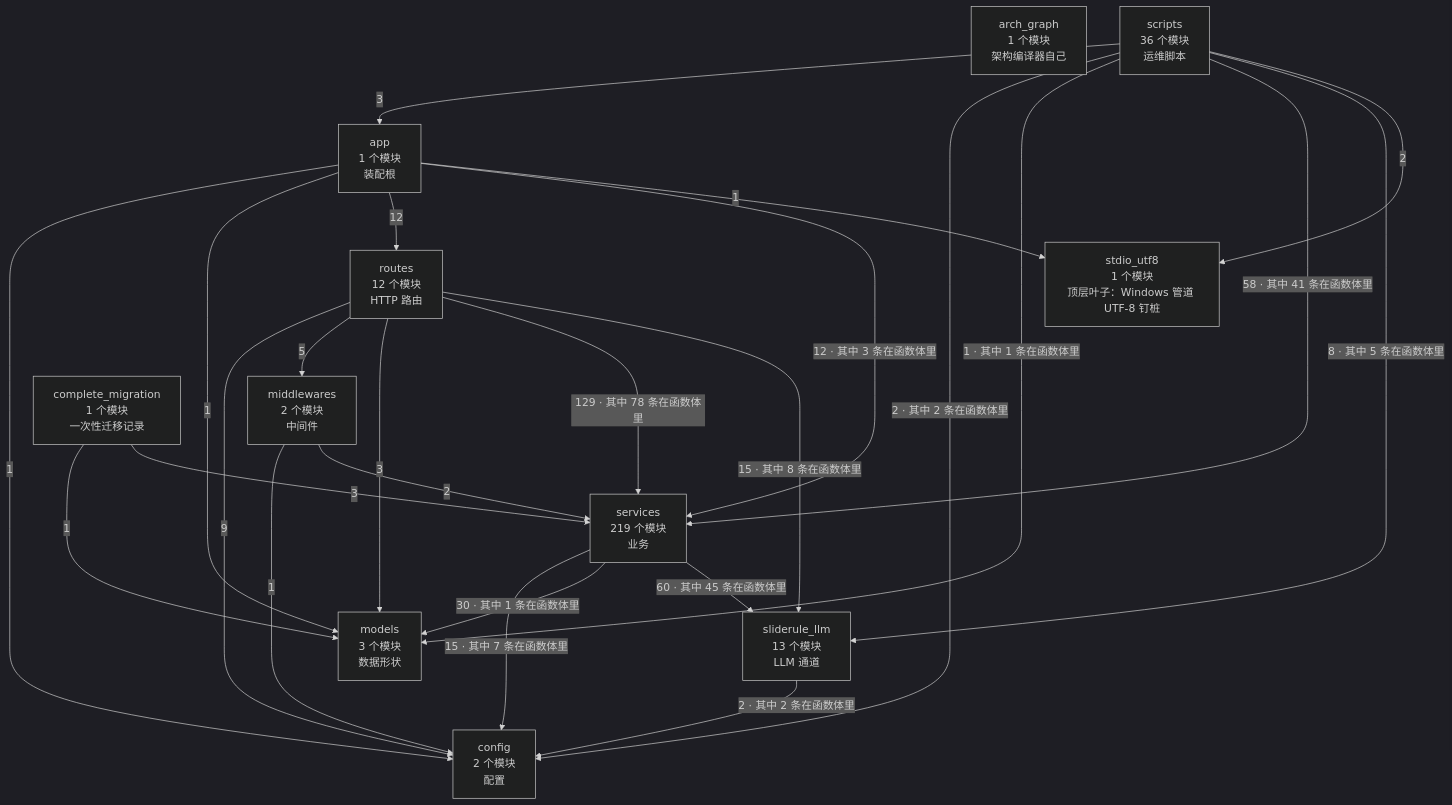
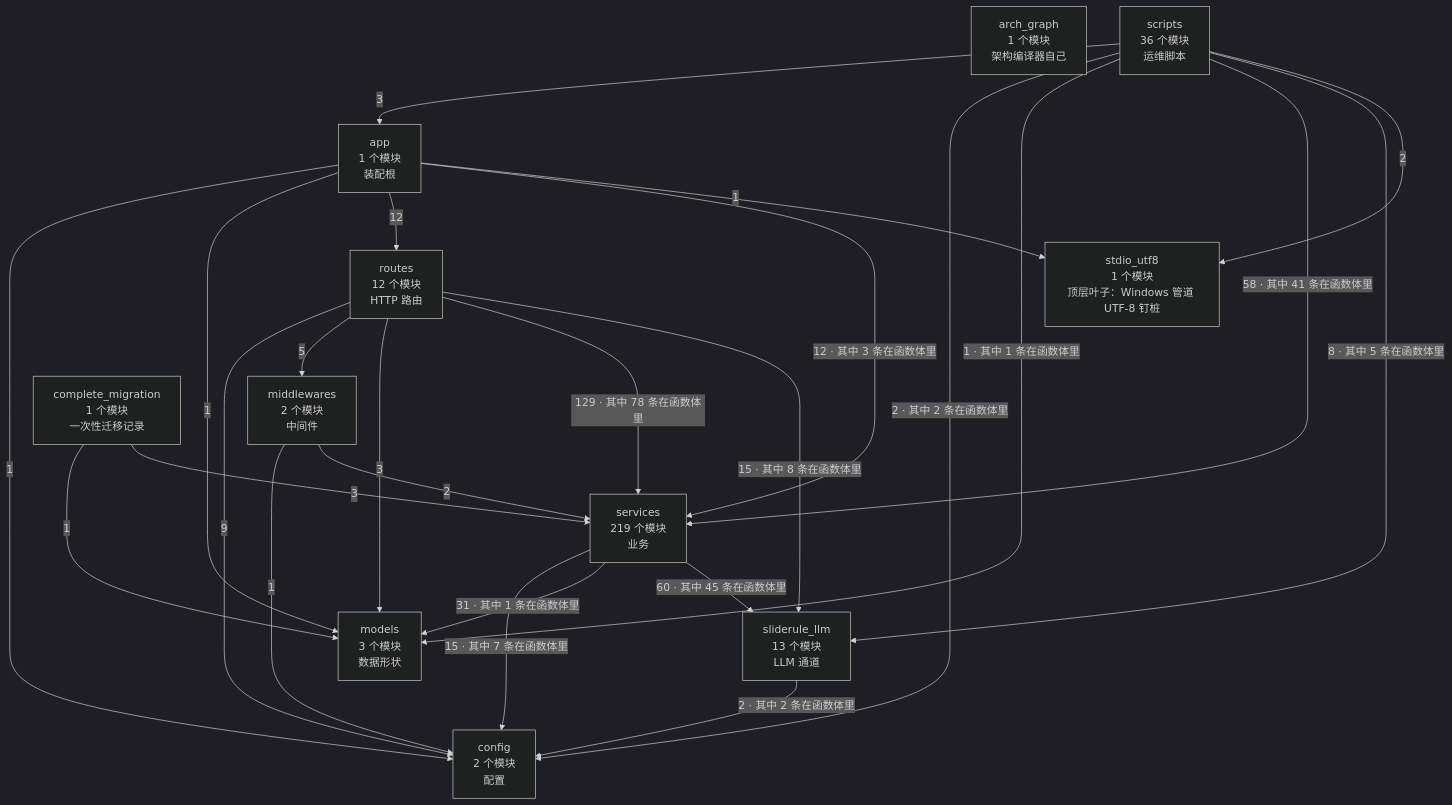
Before and after one commit to 2686521696/WhyBuddy: the second of 4 diagrams in docs/SlideRule V6.2 架构图（自动生成）.md, drawn with Mermaid (dark theme). The commit also changed other lines of this file and 1 other file, not shown here.

First line of the commit message:
架构图重新生成（跟上本轮的模块与棘轮变化）

````diff
--- a/docs/SlideRule V6.2 架构图（自动生成）.md
+++ b/docs/SlideRule V6.2 架构图（自动生成）.md
@@ -60,38 +60,38 @@
 ```mermaid
 flowchart TB
   arch_graph["arch_graph<br/>1 个模块<br/>架构编译器自己"]
   config["config<br/>2 个模块<br/>配置"]
   models["models<br/>3 个模块<br/>数据形状"]
   stdio_utf8["stdio_utf8<br/>1 个模块<br/>顶层叶子：Windows 管道 UTF-8 钉桩"]
   sliderule_llm["sliderule_llm<br/>13 个模块<br/>LLM 通道"]
   middlewares["middlewares<br/>2 个模块<br/>中间件"]
   services["services<br/>219 个模块<br/>业务"]
   routes["routes<br/>12 个模块<br/>HTTP 路由"]
   app["app<br/>1 个模块<br/>装配根"]
   complete_migration["complete_migration<br/>1 个模块<br/>一次性迁移记录"]
   scripts["scripts<br/>36 个模块<br/>运维脚本"]
   app -->|1| config
   app -->|1| models
   app -->|12| routes
   app -->|12 · 其中 3 条在函数体里| services
   app -->|1| stdio_utf8
   complete_migration -->|1| models
   complete_migration -->|3| services
   middlewares -->|1| config
   middlewares -->|2| services
   routes -->|9| config
   routes -->|5| middlewares
   routes -->|3| models
   routes -->|129 · 其中 78 条在函数体里| services
   routes -->|15 · 其中 8 条在函数体里| sliderule_llm
   scripts -->|3| app
   scripts -->|2 · 其中 2 条在函数体里| config
   scripts -->|1 · 其中 1 条在函数体里| models
   scripts -->|58 · 其中 41 条在函数体里| services
   scripts -->|8 · 其中 5 条在函数体里| sliderule_llm
   scripts -->|2| stdio_utf8
   services -->|15 · 其中 7 条在函数体里| config
-  services -->|30 · 其中 1 条在函数体里| models
+  services -->|31 · 其中 1 条在函数体里| models
   services -->|60 · 其中 45 条在函数体里| sliderule_llm
   sliderule_llm -->|2 · 其中 2 条在函数体里| config
 ```
````
